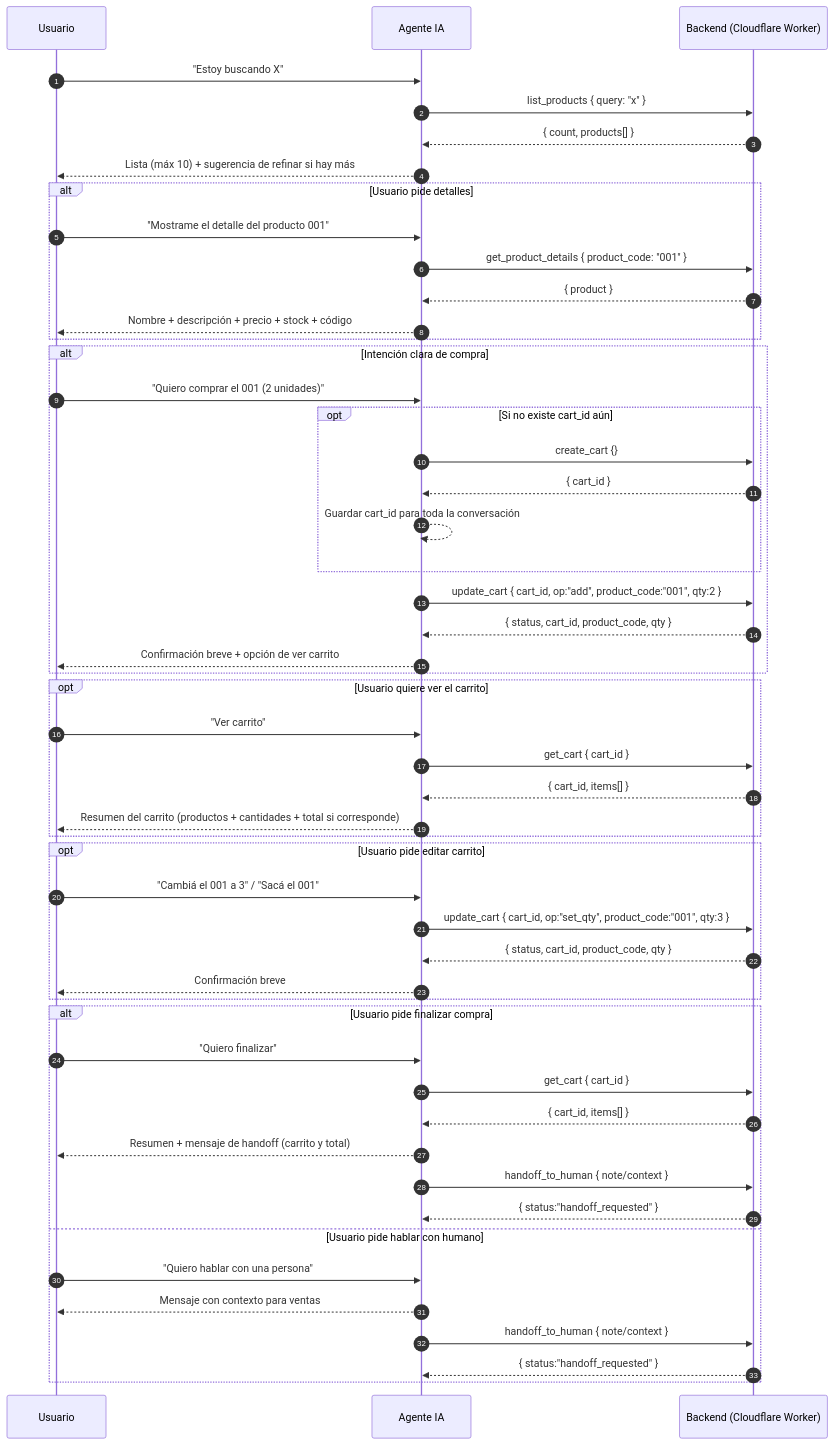
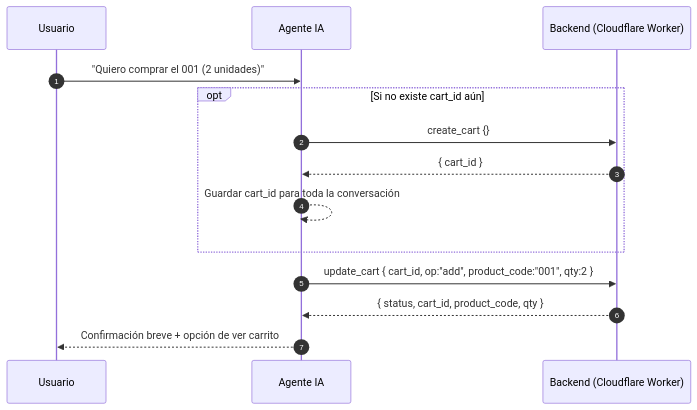
Before and after one commit to Elias318/Prueba_tecnica_laburen: the third of 7 diagrams in docs/agent-flow.md, drawn with Mermaid. The commit also changed other lines of this file, not shown here.

Commit message:
Separo el diagrama de secuencia para que sea mas claro cada caso de uso

````diff
--- a/docs/agent-flow.md
+++ b/docs/agent-flow.md
@@ -149,59 +190,19 @@
 ```mermaid
 sequenceDiagram
-    autonumber
-    participant U as Usuario
-    participant A as Agente IA
-    participant B as Backend (Cloudflare Worker)
+  autonumber
+  participant U as Usuario
+  participant A as Agente IA
+  participant B as Backend (Cloudflare Worker)
 
-    U->>A: "Estoy buscando X"
-    A->>B: list_products { query: "x" }
-    B-->>A: { count, products[] }
-    A-->>U: Lista (máx 10) + sugerencia de refinar si hay más
+  U->>A: "Quiero comprar el 001 (2 unidades)"
 
-    alt Usuario pide detalles
-        U->>A: "Mostrame el detalle del producto 001"
-        A->>B: get_product_details { product_code: "001" }
-        B-->>A: { product }
-        A-->>U: Nombre + descripción + precio + stock + código
-    end
+  opt Si no existe cart_id aún
+    A->>B: create_cart {}
+    B-->>A: { cart_id }
+    A-->>A: Guardar cart_id para toda la conversación
+  end
 
-    alt Intención clara de compra
-        U->>A: "Quiero comprar el 001 (2 unidades)"
-        opt Si no existe cart_id aún
-            A->>B: create_cart {}
-            B-->>A: { cart_id }
-            A-->>A: Guardar cart_id para toda la conversación
-        end
-        A->>B: update_cart { cart_id, op:"add", product_code:"001", qty:2 }
-        B-->>A: { status, cart_id, product_code, qty }
-        A-->>U: Confirmación breve + opción de ver carrito
-    end
-
-    opt Usuario quiere ver el carrito
-        U->>A: "Ver carrito"
-        A->>B: get_cart { cart_id }
-        B-->>A: { cart_id, items[] }
-        A-->>U: Resumen del carrito (productos + cantidades + total si corresponde)
-    end
-
-    opt Usuario pide editar carrito
-        U->>A: "Cambiá el 001 a 3" / "Sacá el 001"
-        A->>B: update_cart { cart_id, op:"set_qty", product_code:"001", qty:3 }
-        B-->>A: { status, cart_id, product_code, qty }
-        A-->>U: Confirmación breve
-    end
-
-    alt Usuario pide finalizar compra
-        U->>A: "Quiero finalizar"
-        A->>B: get_cart { cart_id }
-        B-->>A: { cart_id, items[] }
-        A-->>U: Resumen + mensaje de handoff (carrito y total)
-        A->>B: handoff_to_human { note/context }
-        B-->>A: { status:"handoff_requested" }
-    else Usuario pide hablar con humano
-        U->>A: "Quiero hablar con una persona"
-        A-->>U: Mensaje con contexto para ventas
-        A->>B: handoff_to_human { note/context }
-        B-->>A: { status:"handoff_requested" }
-    end
+  A->>B: update_cart { cart_id, op:"add", product_code:"001", qty:2 }
+  B-->>A: { status, cart_id, product_code, qty }
+  A-->>U: Confirmación breve + opción de ver carrito
 ```
````
